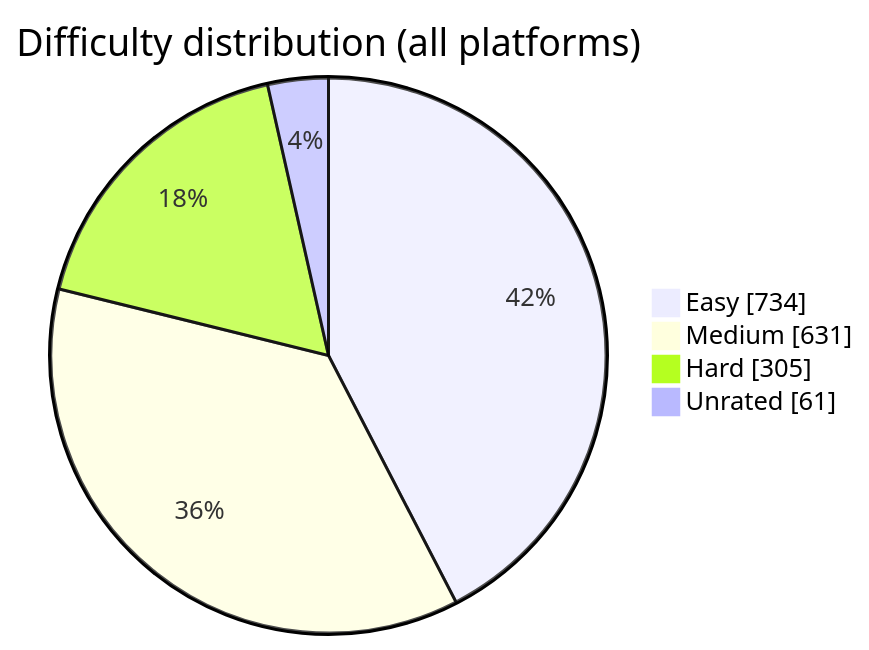
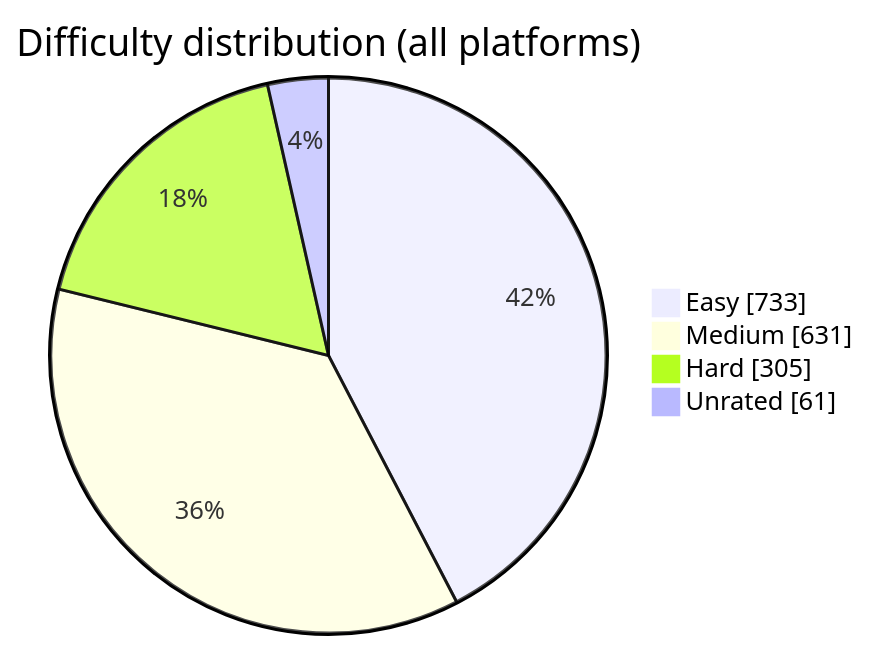
One commit to BuildbyArindam/Daily-Coding-Log changed the diagram in README.md. Above: the diagram before and after it, drawn with Mermaid. The commit also changed other lines of this file, not shown here.

````diff
--- a/README.md
+++ b/README.md
@@ -93,7 +93,7 @@
 ```mermaid
 pie showData title Difficulty distribution (all platforms)
-    "Easy" : 734
+    "Easy" : 733
     "Medium" : 631
     "Hard" : 305
     "Unrated" : 61
 ```
````
